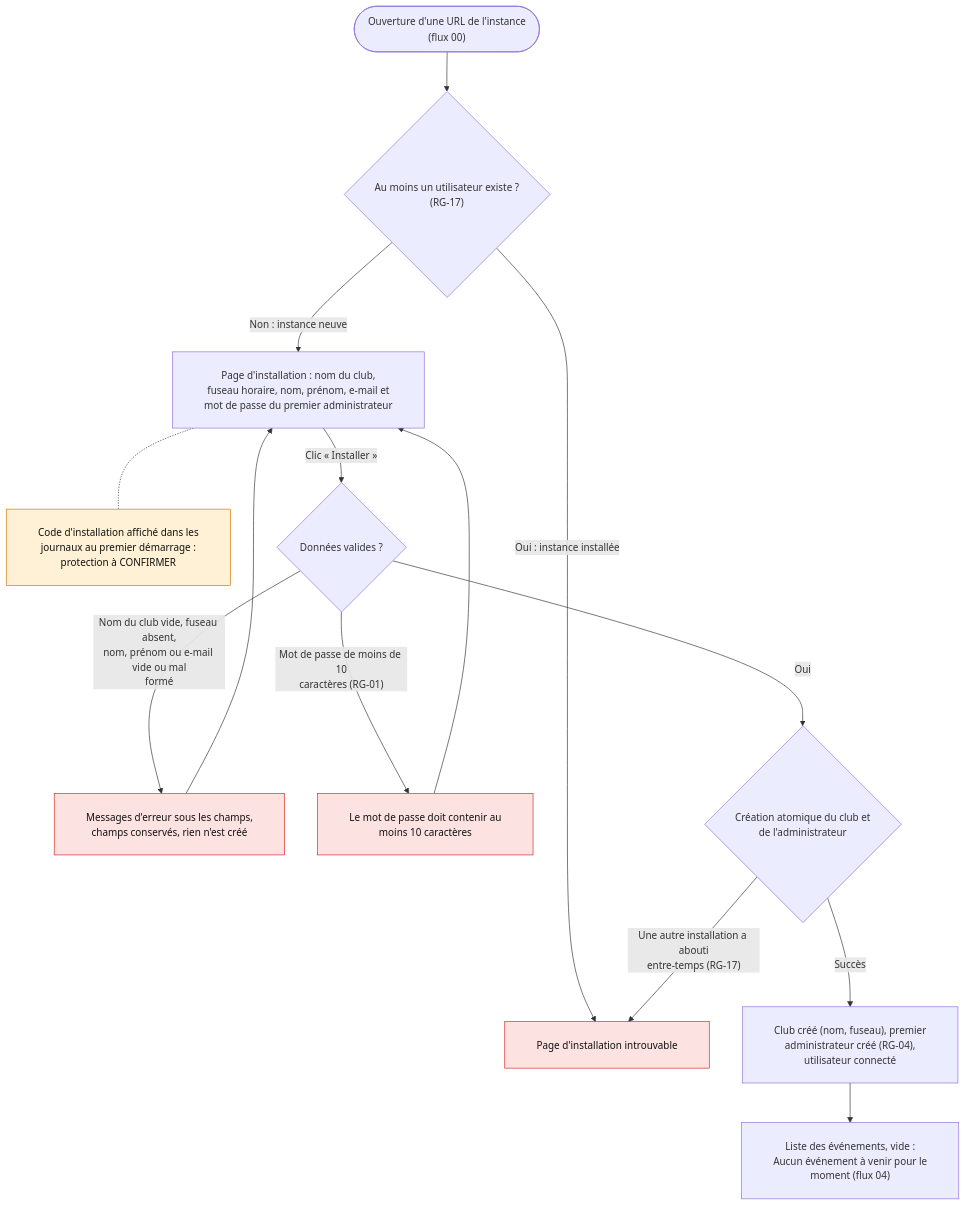
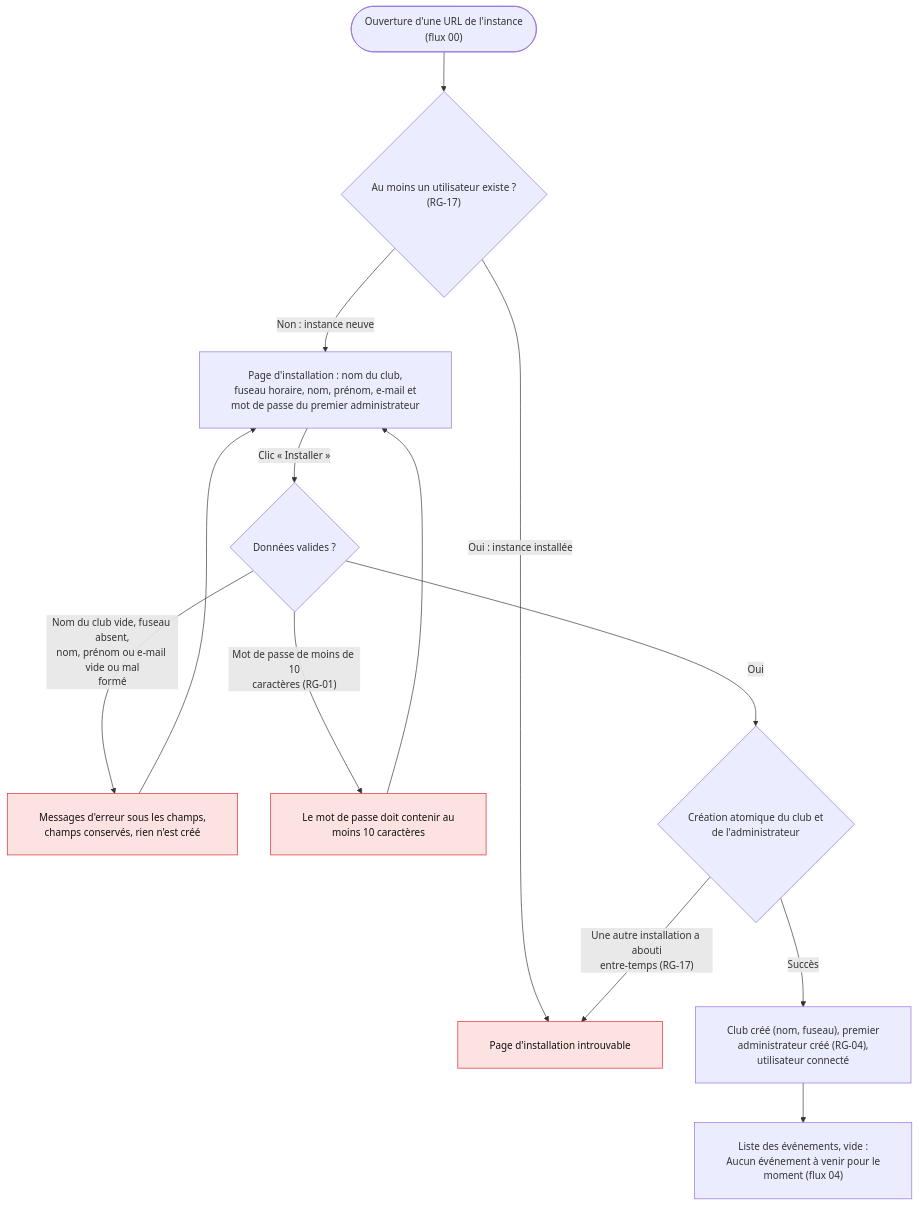
The diagram in docs/flows/09-installation.mmd (nathanjouannon/Creno), drawn with Mermaid before and after one commit. The commit also changed 21 other files, not shown here.

```diff
--- a/docs/flows/09-installation.mmd
+++ b/docs/flows/09-installation.mmd
@@ -1,24 +1,23 @@
 %%{init: {"flowchart": {"htmlLabels": true, "wrappingWidth": 360, "padding": 24, "nodeSpacing": 50, "rankSpacing": 60, "curve": "basis"}, "themeVariables": {"fontSize": "15px"}}}%%
 %% Installation : création du club et du premier administrateur (F-19, RG-17, RG-04, RG-16, RG-01)
-%% Légende : rectangle = écran, stade = action, losange = décision, rouge = erreur / refus, orange = à confirmer
+%% Légende : rectangle = écran, stade = action, losange = décision, rouge = erreur / refus
+%% Pas de code d'installation (ADR-0012) : l'administrateur installe juste après le déploiement.
 flowchart TD
     classDef error fill:#fde2e2,stroke:#dc2626,color:#111
-    classDef todo fill:#fff1d6,stroke:#d97706,color:#111
 
     S(["Ouverture d'une URL de l'instance<br/>(flux 00)"]) --> I{"Au moins un utilisateur existe ?<br/>(RG-17)"}
     I -->|"Oui : instance installée"| NF["Page d'installation introuvable"]:::error
     I -->|"Non : instance neuve"| F["Page d'installation : nom du club,<br/>fuseau horaire, nom, prénom, e-mail et<br/>mot de passe du premier administrateur"]
 
-    F -.- CODE["Code d'installation affiché dans les<br/>journaux au premier démarrage :<br/>protection à CONFIRMER"]:::todo
 
     F -->|"Clic « Installer »"| V{"Données valides ?"}
     V -->|"Nom du club vide, fuseau absent,<br/>nom, prénom ou e-mail vide ou mal<br/>formé"| VE1["Messages d'erreur sous les champs,<br/>champs conservés, rien n'est créé"]:::error
     VE1 --> F
     V -->|"Mot de passe de moins de 10<br/>caractères (RG-01)"| VE2["Le mot de passe doit contenir au<br/>moins 10 caractères"]:::error
     VE2 --> F
     V -->|"Oui"| T{"Création atomique du club et<br/>de l'administrateur"}
     T -->|"Une autre installation a abouti<br/>entre-temps (RG-17)"| NF
     T -->|"Succès"| OK["Club créé (nom, fuseau), premier<br/>administrateur créé (RG-04),<br/>utilisateur connecté"]
     OK --> L["Liste des événements, vide :<br/>Aucun événement à venir pour le<br/>moment (flux 04)"]
 
     %% Après l'installation, l'administrateur crée un événement (flux 05) puis invite les bénévoles (flux 01).
```
